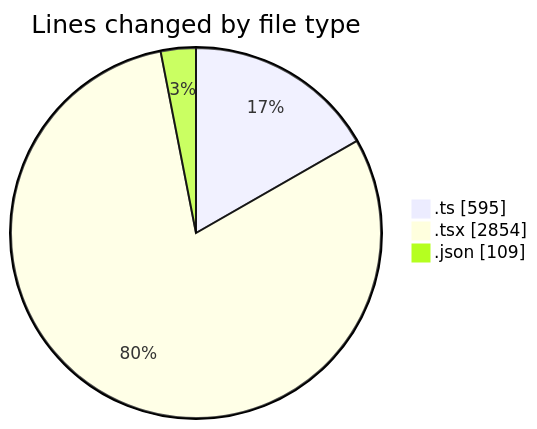
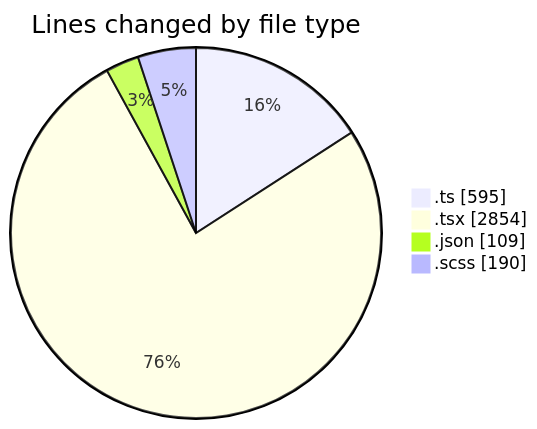
Before and after one commit to momahboobian/code-tracking: the first of 2 diagrams in 2025-07-04/cda/README.md, drawn with Mermaid. The commit also changed other lines of this file and 1 other file, not shown here.

````diff
--- a/2025-07-04/cda/README.md
+++ b/2025-07-04/cda/README.md
@@ -29,7 +31,8 @@
 ```mermaid
 pie showData
 title Lines changed by file type
 ".ts" : 595
 ".tsx" : 2854
 ".json" : 109
+".scss" : 190
 ```
````
